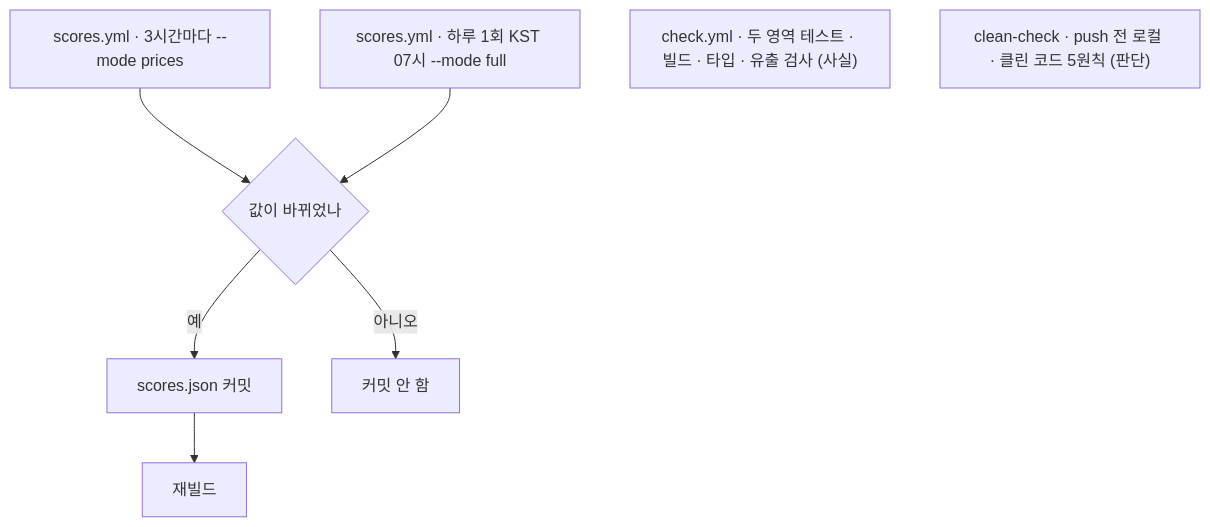
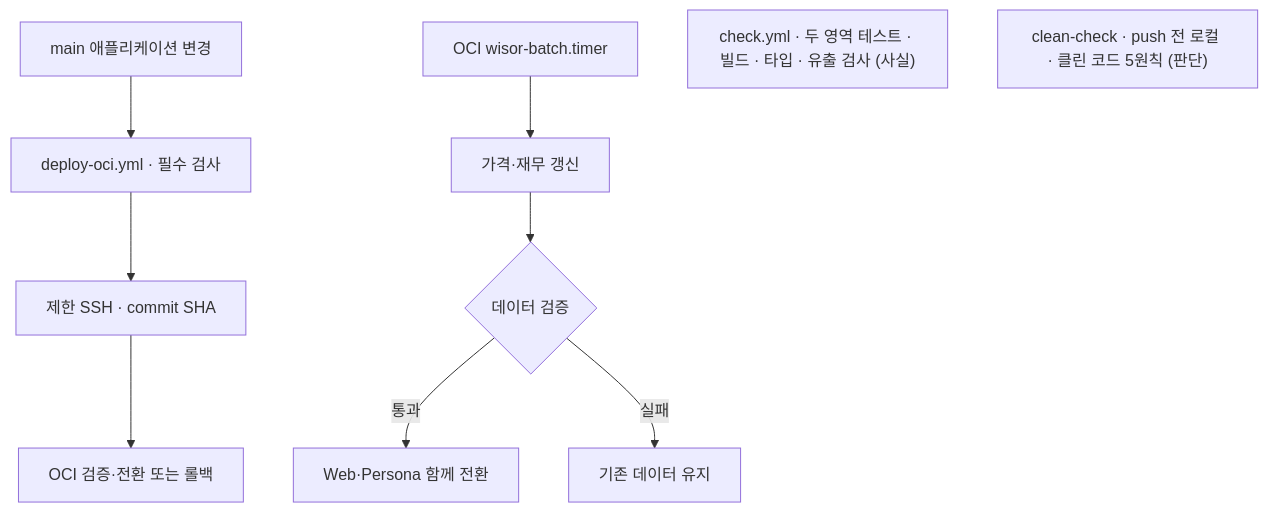
Before and after one commit to Tokenaires-hancom/tokenaires_wisor: the seventh of 7 diagrams in docs/system-design.md, drawn with Mermaid. The commit also changed other lines of this file and 39 other files, not shown here.

````diff
--- a/docs/system-design.md
+++ b/docs/system-design.md
@@ -379,10 +386,13 @@
 ```mermaid
 flowchart TB
-    C1["scores.yml · 3시간마다 --mode prices"] --> DIFF{"값이 바뀌었나"}
-    C2["scores.yml · 하루 1회 KST 07시 --mode full"] --> DIFF
-    DIFF -->|"예"| CM["scores.json 커밋"] --> RB["재빌드"]
-    DIFF -->|"아니오"| SKIP["커밋 안 함"]
+    M["main 애플리케이션 변경"] --> CI["deploy-oci.yml · 필수 검사"]
+    CI --> SSH["제한 SSH · commit SHA"] --> OCI["OCI 검증·전환 또는 롤백"]
+
+    T["OCI wisor-batch.timer"] --> DATA["가격·재무 갱신"]
+    DATA --> VERIFY{"데이터 검증"}
+    VERIFY -->|"통과"| SWAP["Web·Persona 함께 전환"]
+    VERIFY -->|"실패"| KEEP["기존 데이터 유지"]
 
     P1["check.yml · 두 영역 테스트 · 빌드 · 타입 · 유출 검사 (사실)"]
     P2["clean-check · push 전 로컬 · 클린 코드 5원칙 (판단)"]
 ```
````
